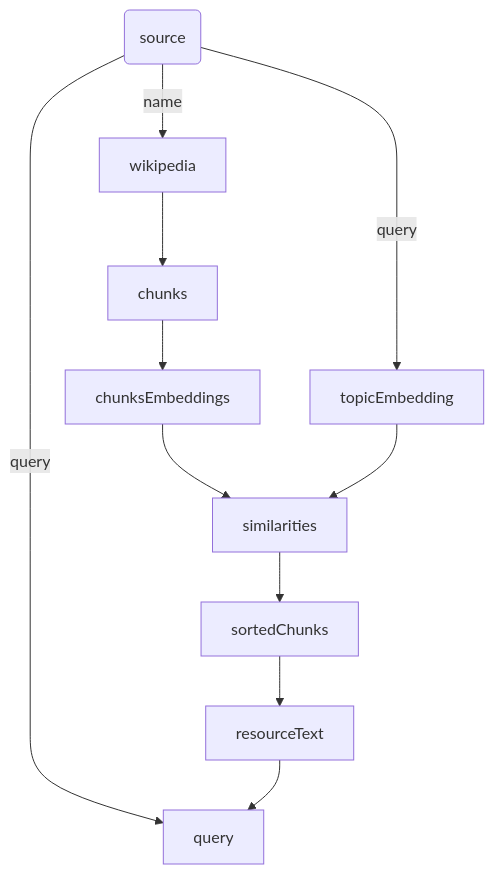
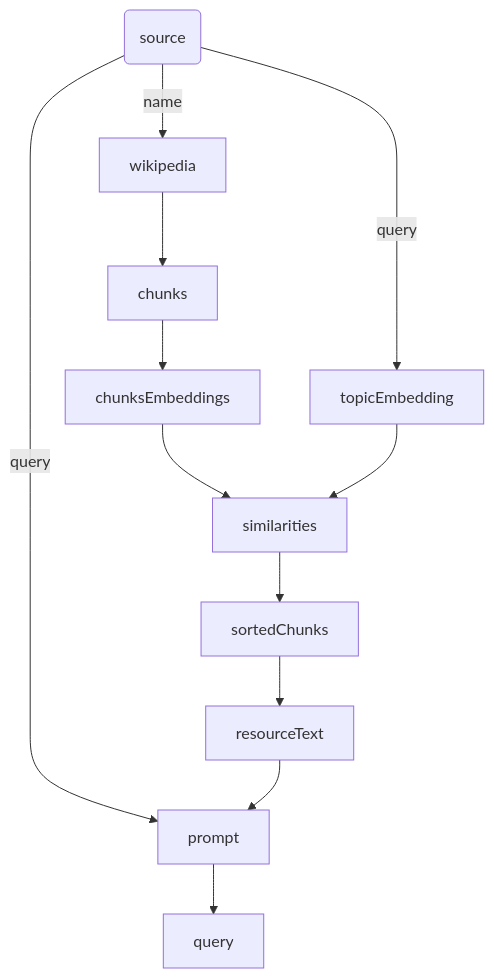
One commit to receptron/graphai changed the diagram in README.md. Above: the diagram before and after it, drawn with Mermaid.

````diff
--- a/README.md
+++ b/README.md
@@ -62,13 +62,14 @@
 ```mermaid
 flowchart TD
  source(source) -- name --> wikipedia
  source -- query --> topicEmbedding
  wikipedia --> chunks
  chunks --> chunksEmbeddings
  chunksEmbeddings --> similarities
  topicEmbedding --> similarities
  similarities --> sortedChunks
  sortedChunks --> resourceText
- source -- query --> query
- resourceText --> query
+ source -- query --> prompt
+ resourceText --> prompt
+ prompt --> query
 ```
````
